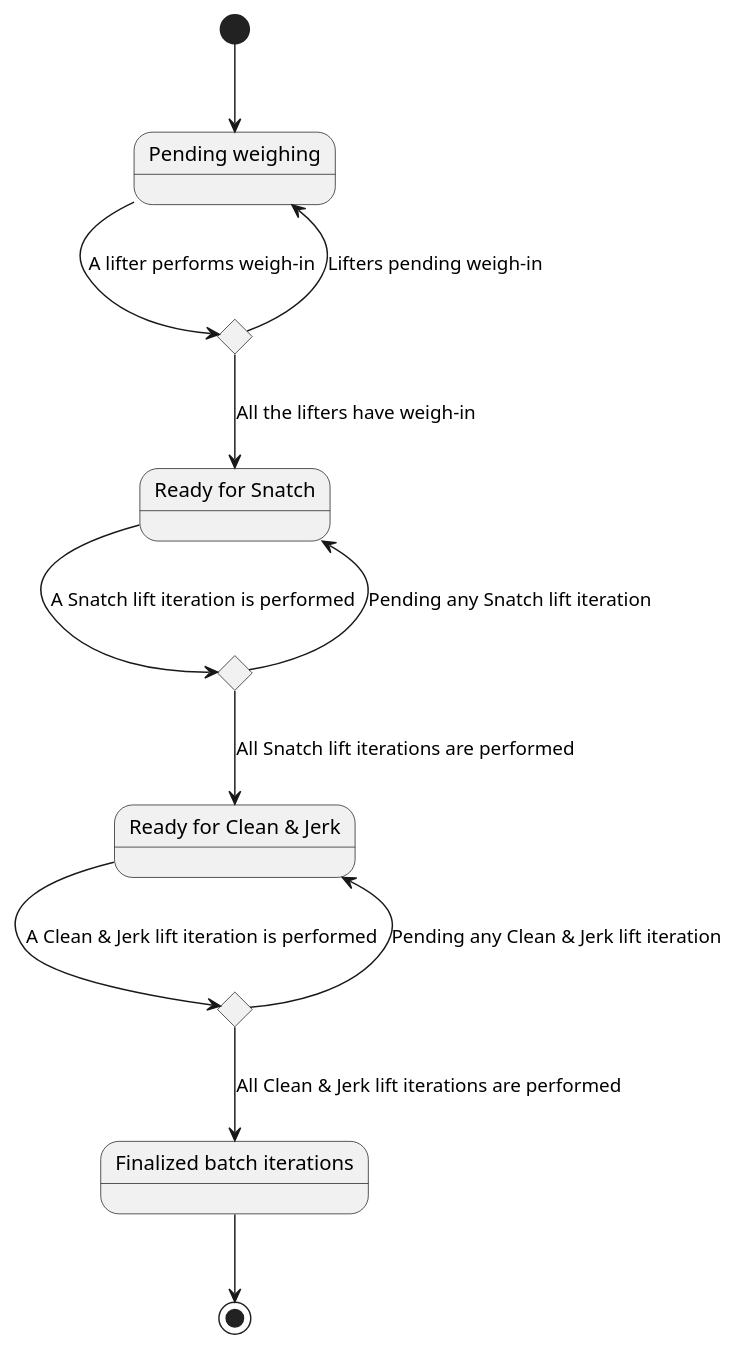
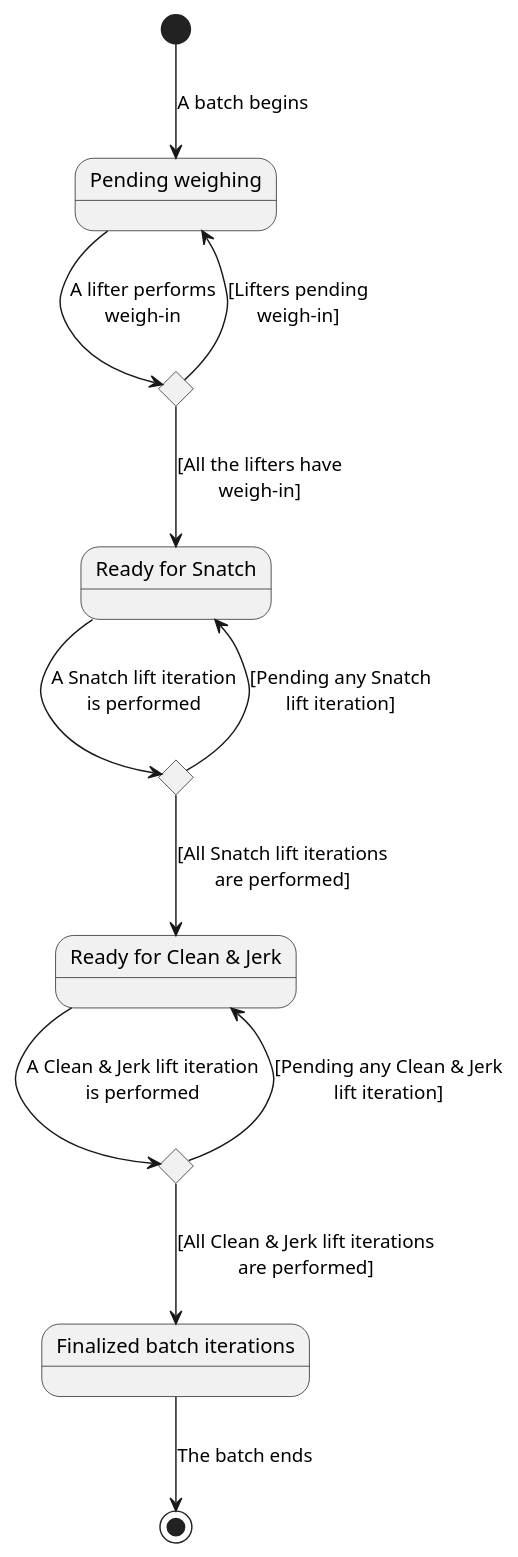
Before and after one commit to zuldare/mastercloud_pfm_halterocms: the diagram in diagrams/states/2-batchStates.puml, drawn with PlantUML.

Commit message:
Improve states transitions

```diff
--- a/diagrams/states/2-batchStates.puml
+++ b/diagrams/states/2-batchStates.puml
@@ -1,21 +1,21 @@
 @startuml
 state "Pending weighing" as PendingWeighing
 state "More weigh-ins pending?" as MoreWeighin <<choice>>
 state "Ready for Snatch" as ReadyForSnatch
 state "More Snatch iterations pending?" as MoreSnatchIteration <<choice>>
 state "Ready for Clean & Jerk" as ReadyForCleanAndJerk
 state "More Clean & Jerk iterations pending?" as MoreCleanAndJerkIteration <<choice>>
 state "Finalized batch iterations" as FinalizedBatchIterations
 
-[*] --> PendingWeighing
-PendingWeighing --> MoreWeighin : A lifter performs weigh-in
-MoreWeighin --> PendingWeighing : Lifters pending weigh-in
-MoreWeighin --> ReadyForSnatch : All the lifters have weigh-in
-ReadyForSnatch --> MoreSnatchIteration : A Snatch lift iteration is performed
-MoreSnatchIteration --> ReadyForSnatch : Pending any Snatch lift iteration
-MoreSnatchIteration --> ReadyForCleanAndJerk : All Snatch lift iterations are performed
-ReadyForCleanAndJerk --> MoreCleanAndJerkIteration : A Clean & Jerk lift iteration is performed
-MoreCleanAndJerkIteration --> ReadyForCleanAndJerk : Pending any Clean & Jerk lift iteration
-MoreCleanAndJerkIteration --> FinalizedBatchIterations : All Clean & Jerk lift iterations are performed
-FinalizedBatchIterations --> [*]
+[*] --> PendingWeighing : A batch begins
+PendingWeighing --> MoreWeighin : A lifter performs\nweigh-in
+MoreWeighin --> PendingWeighing : [Lifters pending\nweigh-in]
+MoreWeighin --> ReadyForSnatch : [All the lifters have\nweigh-in]
+ReadyForSnatch --> MoreSnatchIteration : A Snatch lift iteration\nis performed
+MoreSnatchIteration --> ReadyForSnatch : [Pending any Snatch\nlift iteration]
+MoreSnatchIteration --> ReadyForCleanAndJerk : [All Snatch lift iterations\nare performed]
+ReadyForCleanAndJerk --> MoreCleanAndJerkIteration : A Clean & Jerk lift iteration\nis performed
+MoreCleanAndJerkIteration --> ReadyForCleanAndJerk : [Pending any Clean & Jerk\nlift iteration]
+MoreCleanAndJerkIteration --> FinalizedBatchIterations : [All Clean & Jerk lift iterations\nare performed]
+FinalizedBatchIterations --> [*] : The batch ends
 @enduml
```
